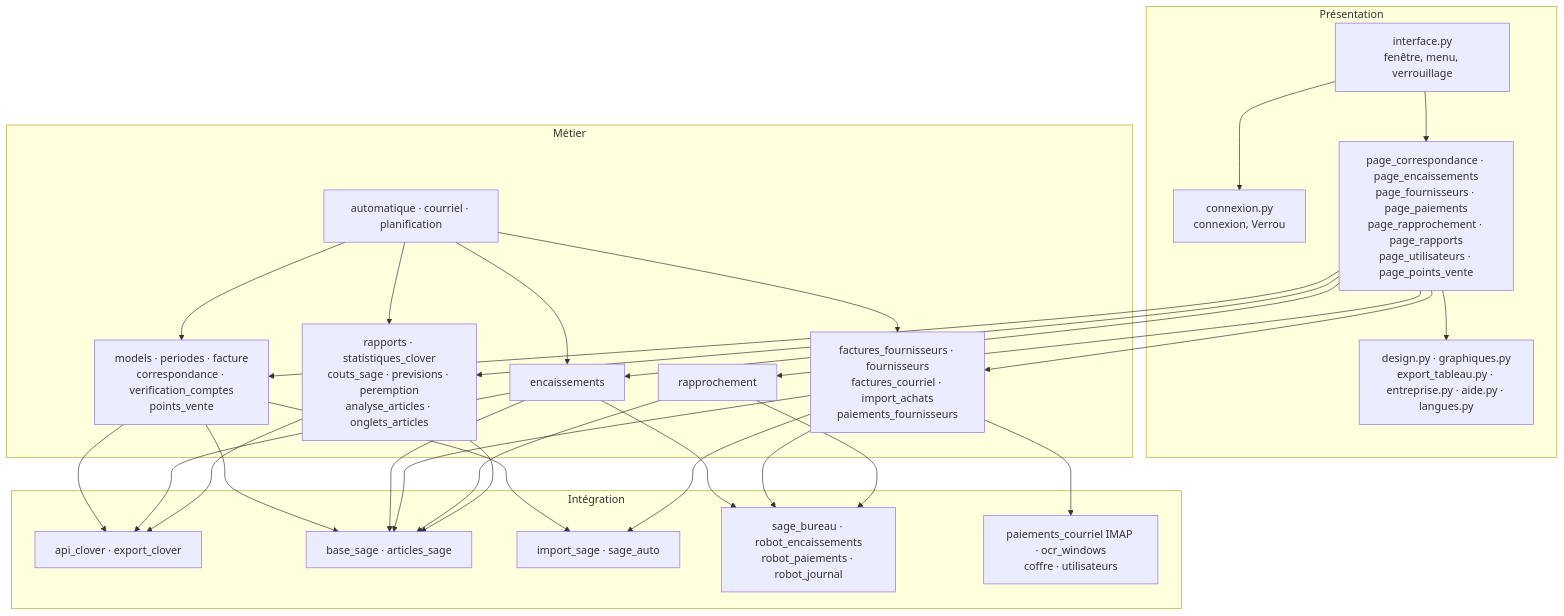
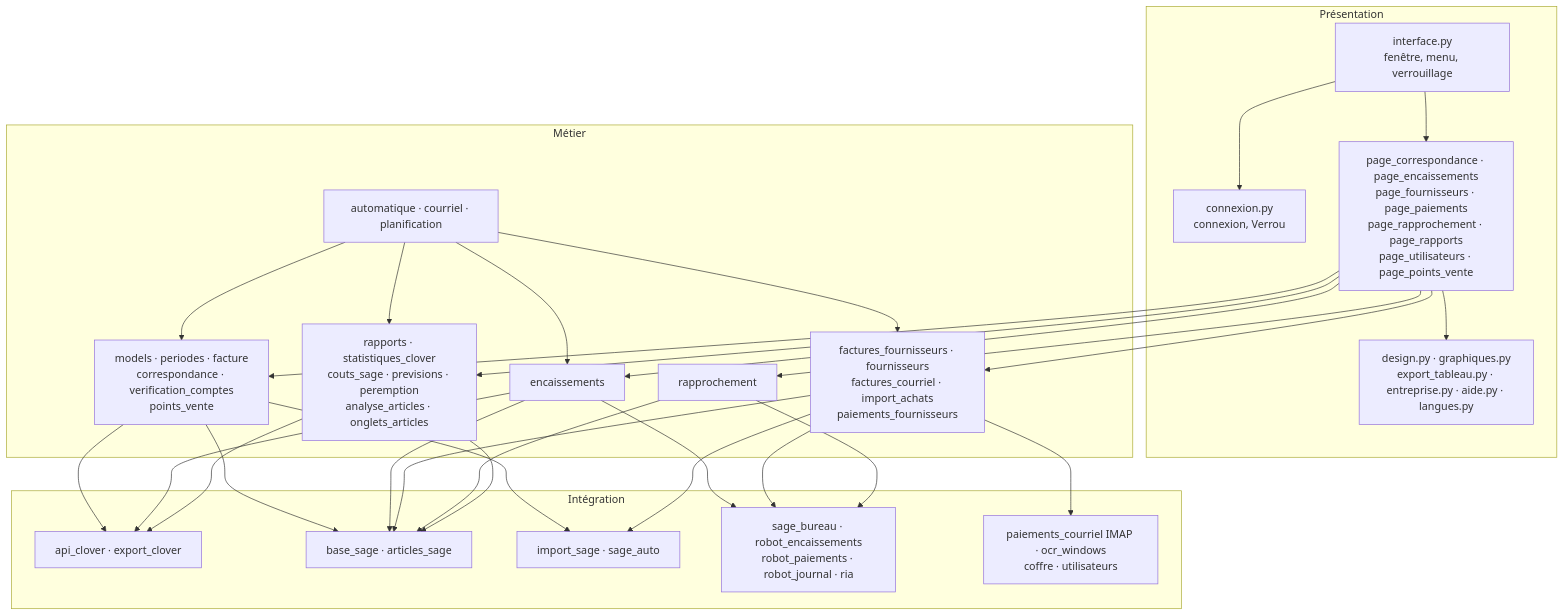
The second of 14 diagrams in ARCHITECTURE.md (mteingueng-dot/MVOGMBI_Sync_2026.1), drawn with Mermaid before and after one commit. The commit also changed other lines of this file and 91 other files, not shown here.

First line of the commit message:
Versions 1.0.4 à 1.0.9 : chaîne des documents, plan comptable, audit, PDF fpdf2, T4/RL-1 officiels, états RIA traités dans Sage, articles modifiés et supprimés dans Sage et Clover

````diff
--- a/ARCHITECTURE.md
+++ b/ARCHITECTURE.md
@@ -89,33 +89,33 @@
 ```mermaid
 flowchart TB
     subgraph Présentation
         interface["interface.py<br/>fenêtre, menu, verrouillage"]
         connexion["connexion.py<br/>connexion, Verrou"]
         pages["page_correspondance · page_encaissements<br/>page_fournisseurs · page_paiements<br/>page_rapprochement · page_rapports<br/>page_utilisateurs · page_points_vente"]
         design["design.py · graphiques.py<br/>export_tableau.py · entreprise.py · aide.py · langues.py"]
     end
     subgraph Métier
         ventes["models · periodes · facture<br/>correspondance · verification_comptes<br/>points_vente"]
         enc["encaissements"]
         four["factures_fournisseurs · fournisseurs<br/>factures_courriel · import_achats<br/>paiements_fournisseurs"]
         rap["rapprochement"]
         stats["rapports · statistiques_clover<br/>couts_sage · previsions · peremption<br/>analyse_articles · onglets_articles"]
         nuit["automatique · courriel · planification"]
     end
     subgraph Intégration
         clover["api_clover · export_clover"]
         sagel["base_sage · articles_sage"]
         sagei["import_sage · sage_auto"]
-        robots["sage_bureau · robot_encaissements<br/>robot_paiements · robot_journal"]
+        robots["sage_bureau · robot_encaissements<br/>robot_paiements · robot_journal · ria"]
         autres["paiements_courriel IMAP · ocr_windows<br/>coffre · utilisateurs"]
     end
     interface --> connexion
     interface --> pages --> design
     pages --> ventes & enc & four & rap & stats
     nuit --> ventes & enc & four & stats
     ventes --> clover & sagel & sagei
     enc --> clover & sagel & robots
     four --> sagel & sagei & robots & autres
     rap --> sagel & robots
     stats --> clover & sagel
 ```
````
